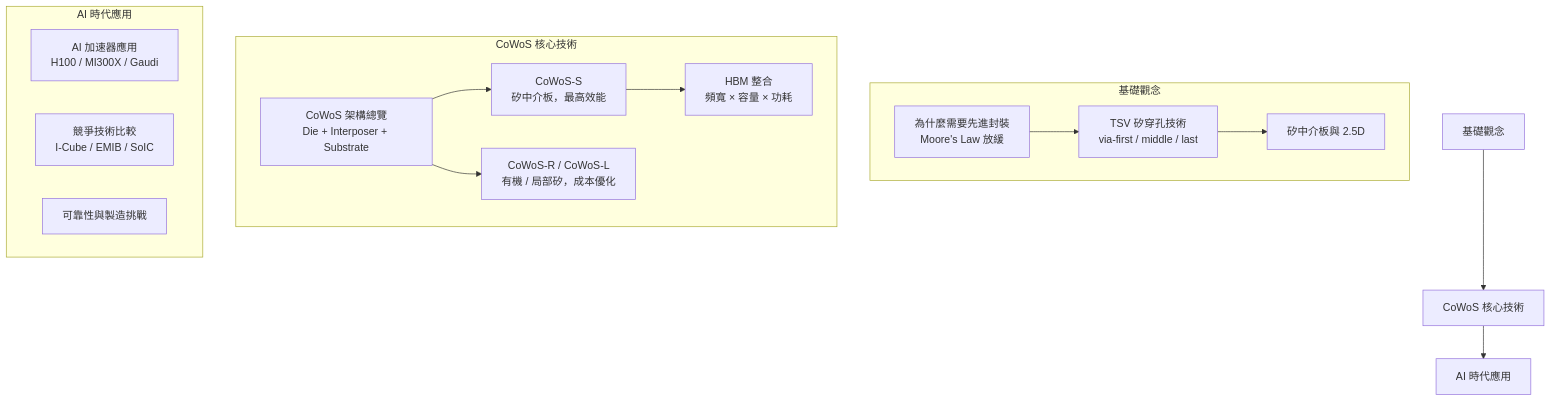
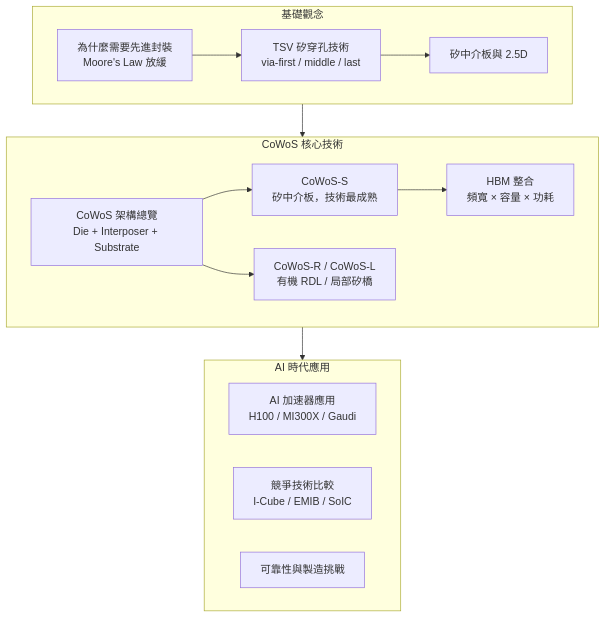
Before and after one commit to wizardhsiehcom/book: the diagram in docs/cowos/00-map.md, drawn with Mermaid. The commit also changed 13 other files, not shown here.

````diff
--- a/docs/cowos/00-map.md
+++ b/docs/cowos/00-map.md
@@ -3,27 +3,27 @@
 ```mermaid
 flowchart TD
-    A["基礎觀念"] --> B["CoWoS 核心技術"] --> C["AI 時代應用"]
-
-    subgraph "基礎觀念"
+    subgraph SG1["基礎觀念"]
         A1["為什麼需要先進封裝<br/>Moore's Law 放緩"]
         A2["TSV 矽穿孔技術<br/>via-first / middle / last"]
         A3["矽中介板與 2.5D"]
         A1 --> A2 --> A3
     end
 
-    subgraph "CoWoS 核心技術"
+    subgraph SG2["CoWoS 核心技術"]
         B1["CoWoS 架構總覽<br/>Die + Interposer + Substrate"]
-        B2["CoWoS-S<br/>矽中介板，最高效能"]
-        B3["CoWoS-R / CoWoS-L<br/>有機 / 局部矽，成本優化"]
+        B2["CoWoS-S<br/>矽中介板，技術最成熟"]
+        B3["CoWoS-R / CoWoS-L<br/>有機 RDL / 局部矽橋"]
         B4["HBM 整合<br/>頻寬 × 容量 × 功耗"]
         B1 --> B2
         B1 --> B3
         B2 --> B4
     end
 
-    subgraph "AI 時代應用"
+    subgraph SG3["AI 時代應用"]
         C1["AI 加速器應用<br/>H100 / MI300X / Gaudi"]
         C2["競爭技術比較<br/>I-Cube / EMIB / SoIC"]
         C3["可靠性與製造挑戰"]
     end
+
+    SG1 --> SG2 --> SG3
 ```
````
